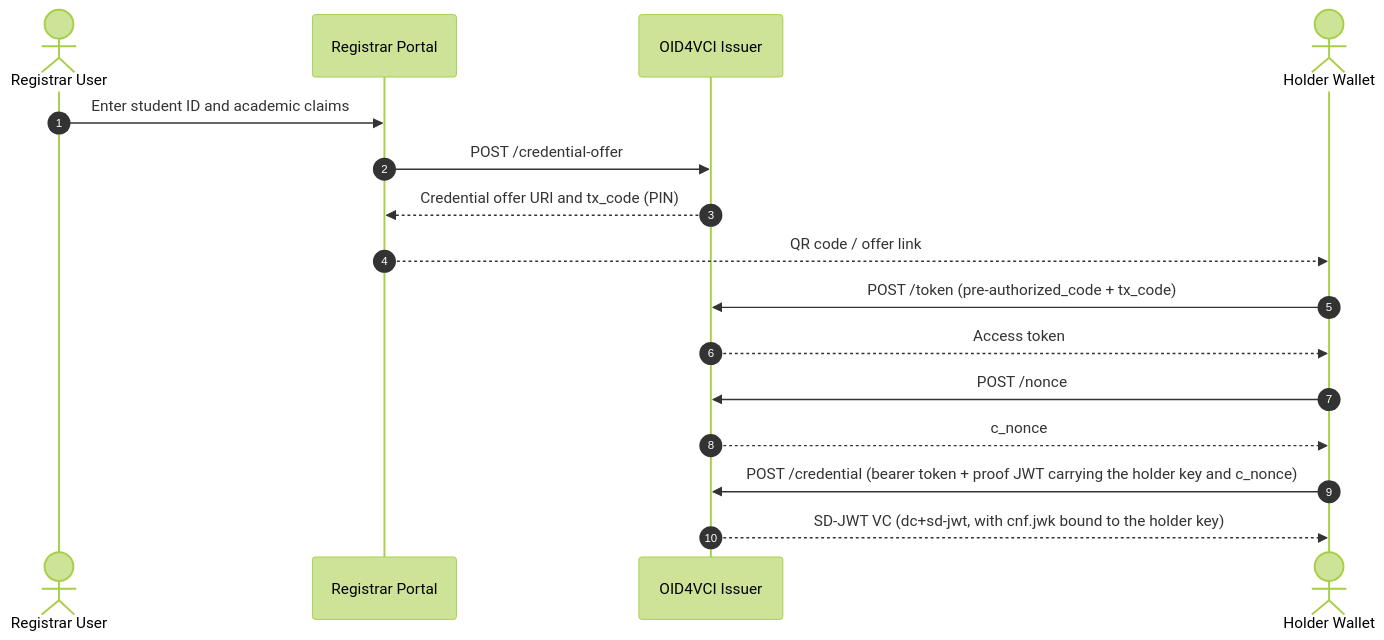
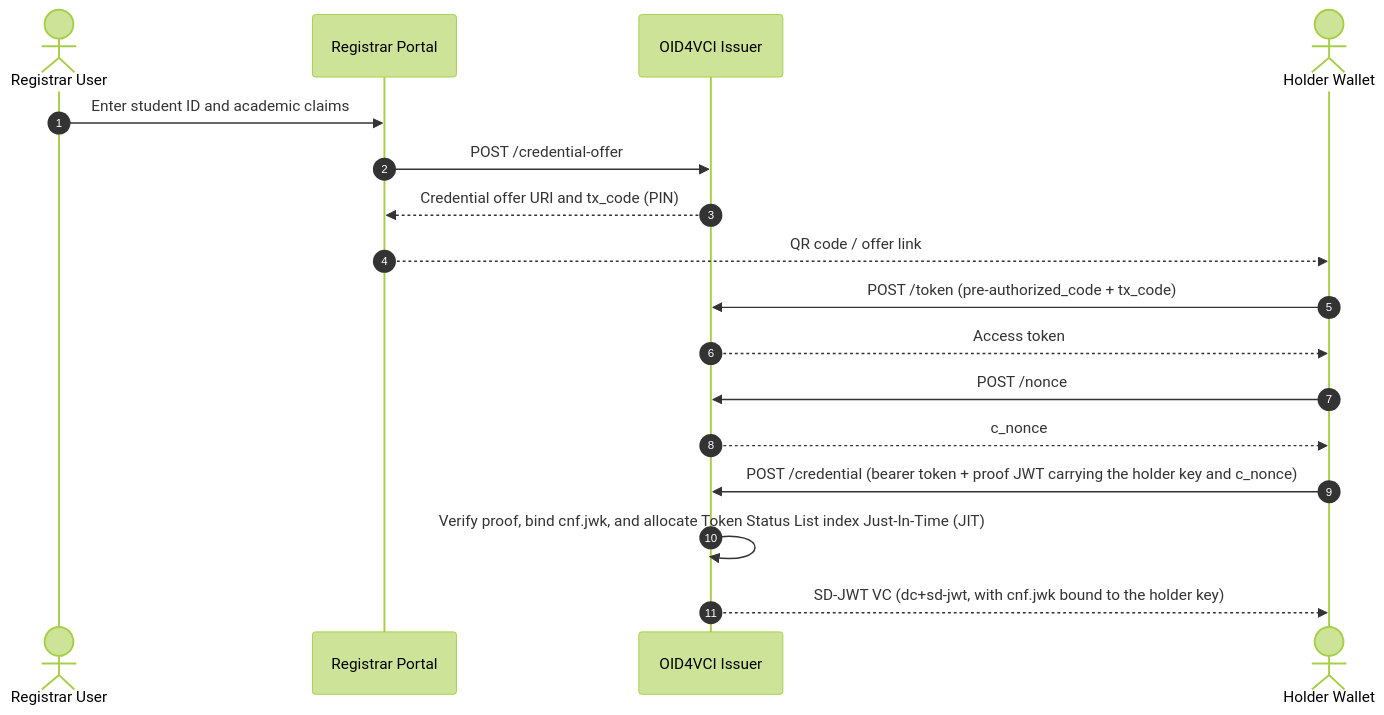
Before and after one commit to huypengin/UniDipVeri: the diagram in apps/issuer/README.md, drawn with Mermaid (forest theme). The commit also changed other lines of this file and 6 other files, not shown here.

First line of the commit message:
feat(docs): document JIT status list allocation and batch distribution

````diff
--- a/apps/issuer/README.md
+++ b/apps/issuer/README.md
@@ -19,19 +19,20 @@
 ```mermaid
 sequenceDiagram
     autonumber
     actor Admin as Registrar User
     participant Portal as Registrar Portal
     participant Issuer as OID4VCI Issuer
     actor Holder as Holder Wallet
 
     Admin->>Portal: Enter student ID and academic claims
     Portal->>Issuer: POST /credential-offer
     Issuer-->>Portal: Credential offer URI and tx_code (PIN)
     Portal-->>Holder: QR code / offer link
     Holder->>Issuer: POST /token (pre-authorized_code + tx_code)
     Issuer-->>Holder: Access token
     Holder->>Issuer: POST /nonce
     Issuer-->>Holder: c_nonce
     Holder->>Issuer: POST /credential (bearer token + proof JWT carrying the holder key and c_nonce)
+    Issuer->>Issuer: Verify proof, bind cnf.jwk, and allocate Token Status List index Just-In-Time (JIT)
     Issuer-->>Holder: SD-JWT VC (dc+sd-jwt, with cnf.jwk bound to the holder key)
 ```
````
